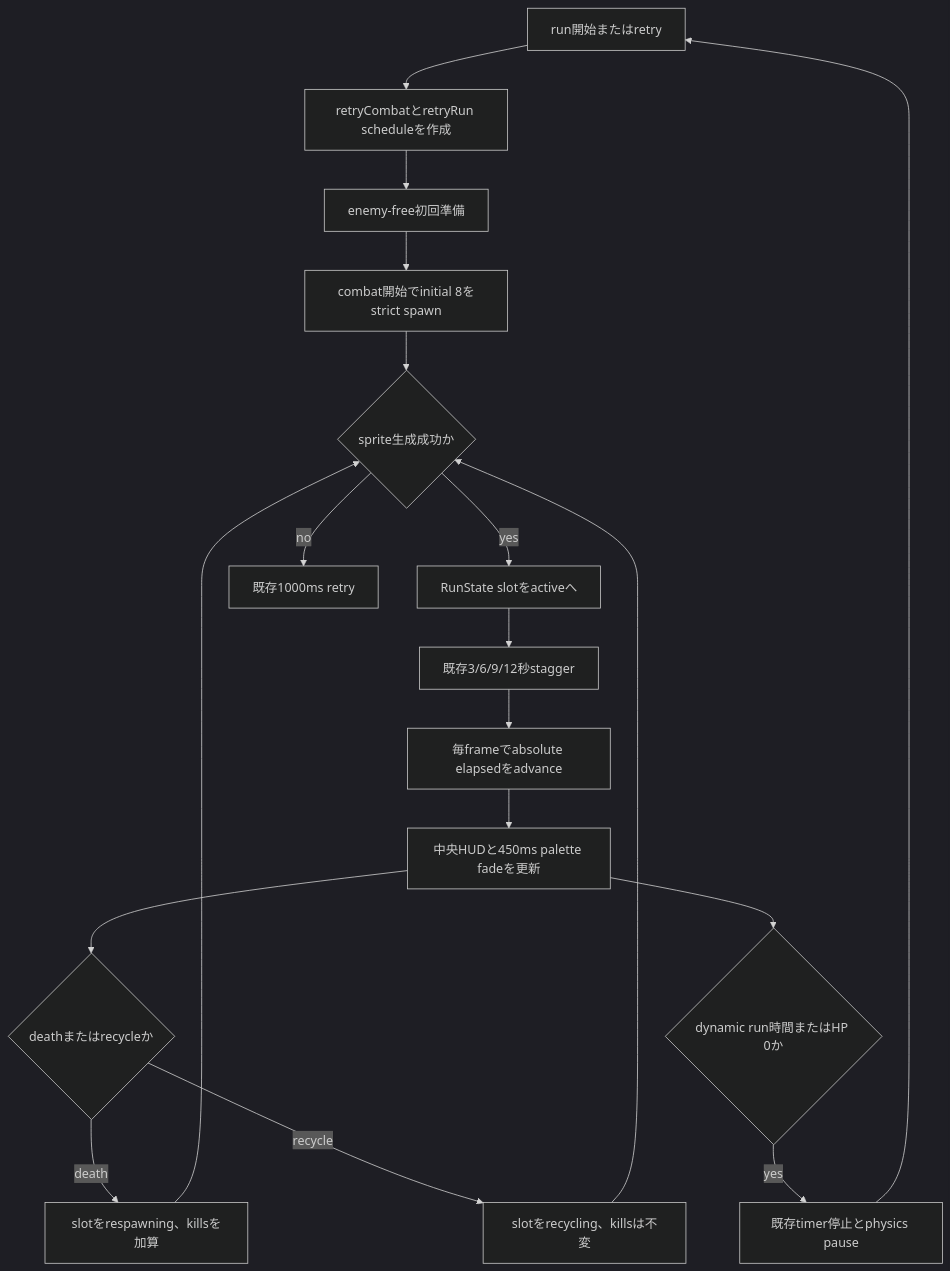
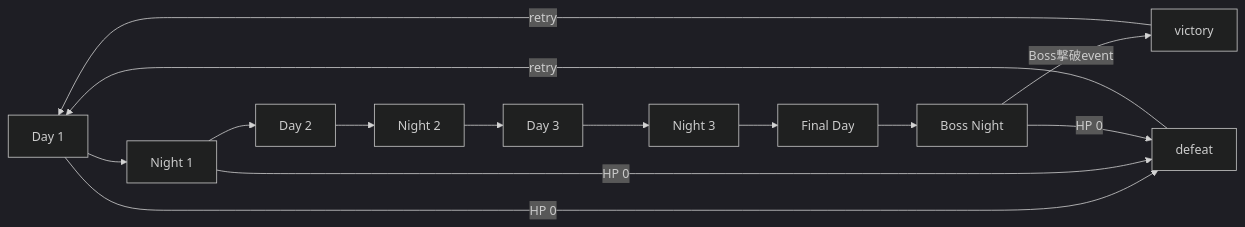
Before and after one commit to WFrog2511/2d-coop-survival: the diagram in docs/40_design/basic/wave-progression-v1.md, drawn with Mermaid (dark theme). The commit also changed other lines of this file and 25 other files, not shown here.

```diff
--- a/docs/40_design/basic/wave-progression-v1.md
+++ b/docs/40_design/basic/wave-progression-v1.md
@@ -28,20 +13,16 @@
 ~~~mermaid
-flowchart TD
-  reset[run開始またはretry] --> state[retryCombatとretryRun scheduleを作成]
-  state --> preparation[enemy-free初回準備]
-  preparation --> initial[combat開始でinitial 8をstrict spawn]
-  initial --> spawnSuccess{sprite生成成功か}
-  spawnSuccess -->|yes| active[RunState slotをactiveへ]
-  spawnSuccess -->|no| retrySpawn[既存1000ms retry]
-  active --> stagger[既存3/6/9/12秒stagger]
-  stagger --> time[毎frameでabsolute elapsedをadvance]
-  time --> phase[中央HUDと450ms palette fadeを更新]
-  phase --> event{deathまたはrecycleか}
-  event -->|death| respawning[slotをrespawning、killsを加算]
-  event -->|recycle| recycling[slotをrecycling、killsは不変]
-  respawning --> spawnSuccess
-  recycling --> spawnSuccess
-  phase --> terminal{dynamic run時間またはHP 0か}
-  terminal -->|yes| stop[既存timer停止とphysics pause]
-  stop --> reset
+flowchart LR
+  d1[Day 1] --> n1[Night 1]
+  n1 --> d2[Day 2]
+  d2 --> n2[Night 2]
+  n2 --> d3[Day 3]
+  d3 --> n3[Night 3]
+  n3 --> fd[Final Day]
+  fd --> bn[Boss Night]
+  bn -->|Boss撃破event| win[victory]
+  d1 -->|HP 0| lose[defeat]
+  n1 -->|HP 0| lose
+  bn -->|HP 0| lose
+  win -->|retry| d1
+  lose -->|retry| d1
 ~~~
```
